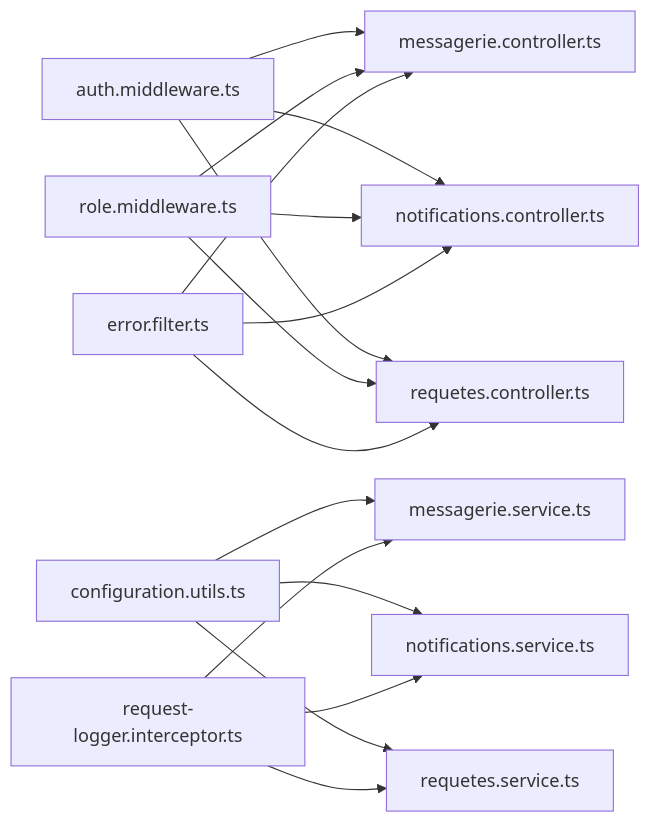
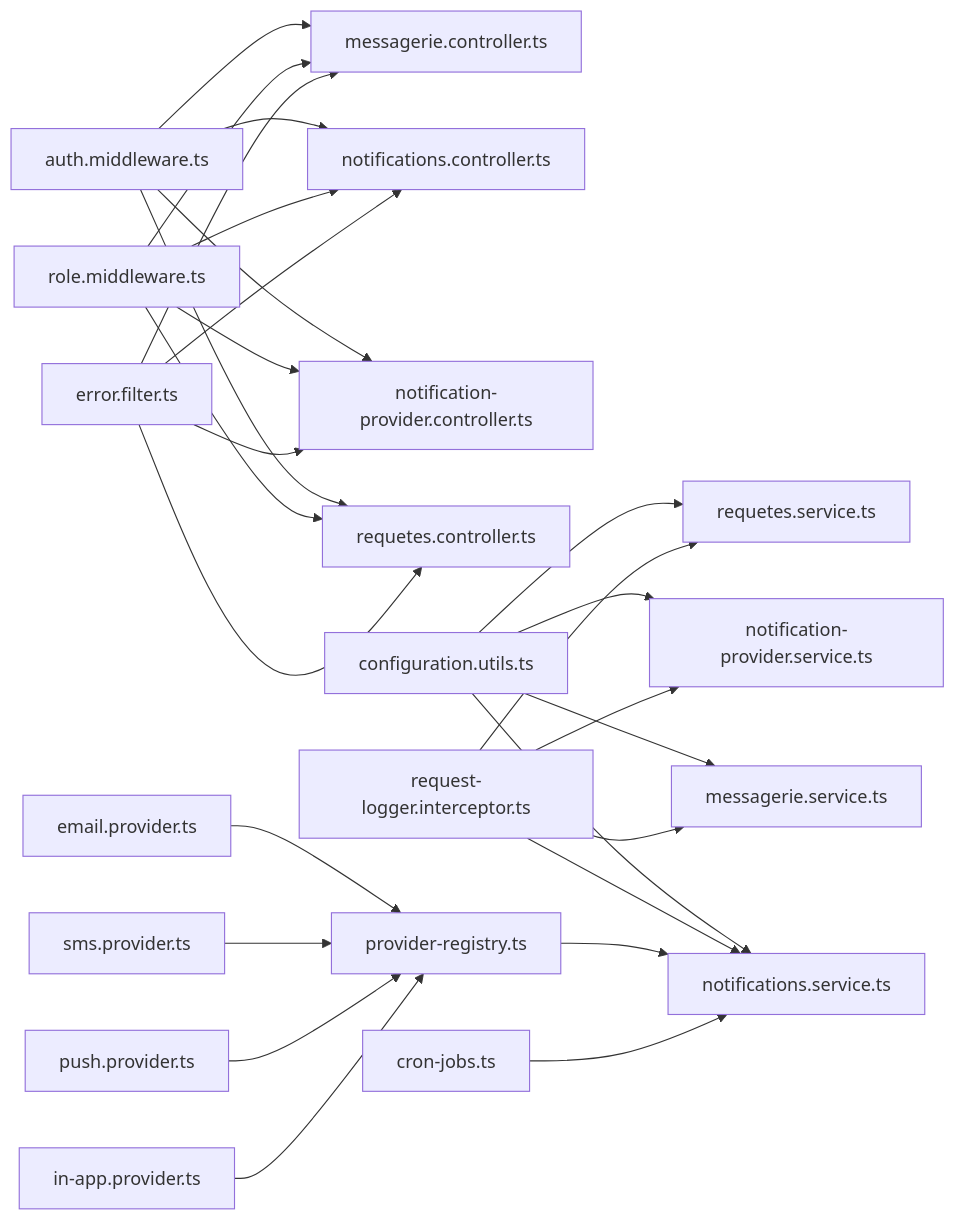
The sixth of 6 diagrams in .qoder/repowiki/en/content/Modules & Features/Utility Modules.md (franckylab/eLISAschool), drawn with Mermaid before and after one commit. The commit also changed other lines of this file and 390 other files, not shown here.

````diff
--- a/.qoder/repowiki/en/content/Modules & Features/Utility Modules.md
+++ b/.qoder/repowiki/en/content/Modules & Features/Utility Modules.md
@@ -415,18 +505,29 @@
 ```mermaid
 graph LR
 AMW["auth.middleware.ts"] --> MC["messagerie.controller.ts"]
 AMW --> NC["notifications.controller.ts"]
+AMW --> NPC["notification-provider.controller.ts"]
 AMW --> RC["requetes.controller.ts"]
 RMW["role.middleware.ts"] --> MC
 RMW --> NC
+RMW --> NPC
 RMW --> RC
 CFG["configuration.utils.ts"] --> MS["messagerie.service.ts"]
 CFG --> NS["notifications.service.ts"]
+CFG --> NPS["notification-provider.service.ts"]
 CFG --> RS["requetes.service.ts"]
 ERR["error.filter.ts"] --> MC
 ERR --> NC
+ERR --> NPC
 ERR --> RC
 LOG["request-logger.interceptor.ts"] --> MS
 LOG --> NS
+LOG --> NPS
 LOG --> RS
+PR["provider-registry.ts"] --> NS
+EP["email.provider.ts"] --> PR
+SP["sms.provider.ts"] --> PR
+PP["push.provider.ts"] --> PR
+IP["in-app.provider.ts"] --> PR
+CJ["cron-jobs.ts"] --> NS
 ```
````
